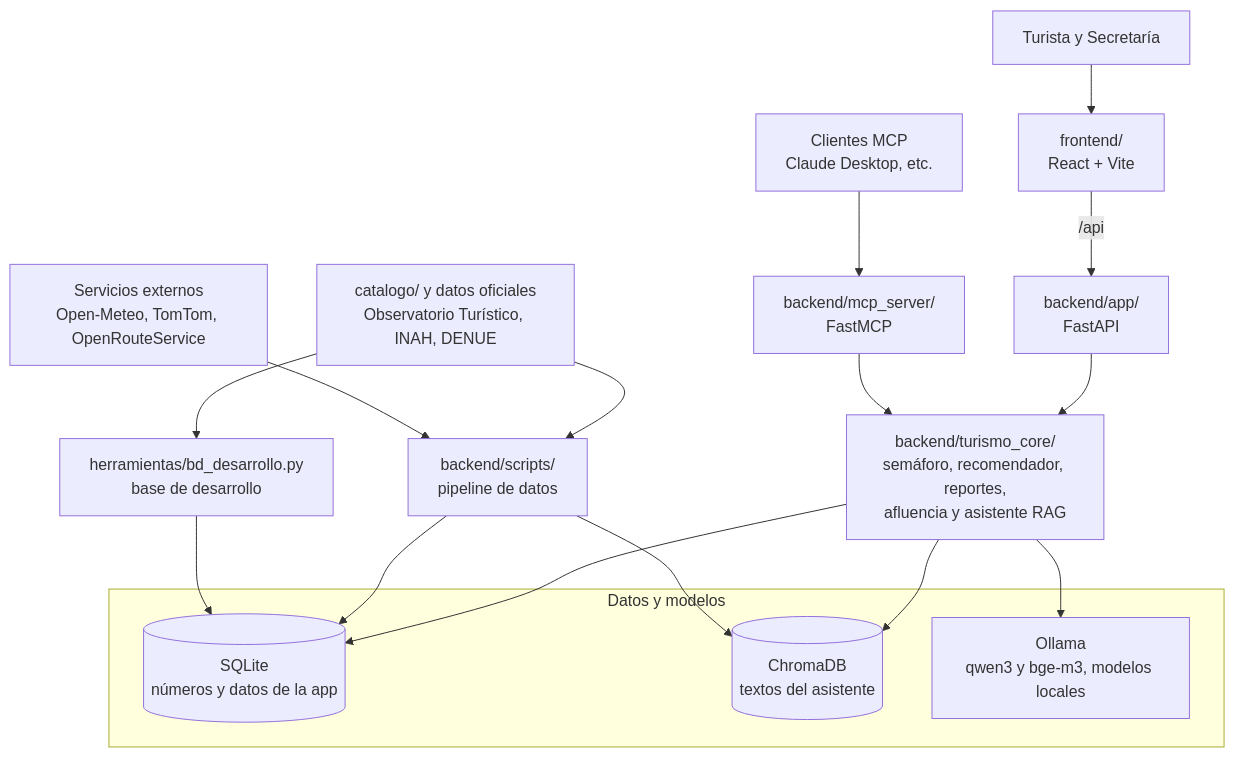
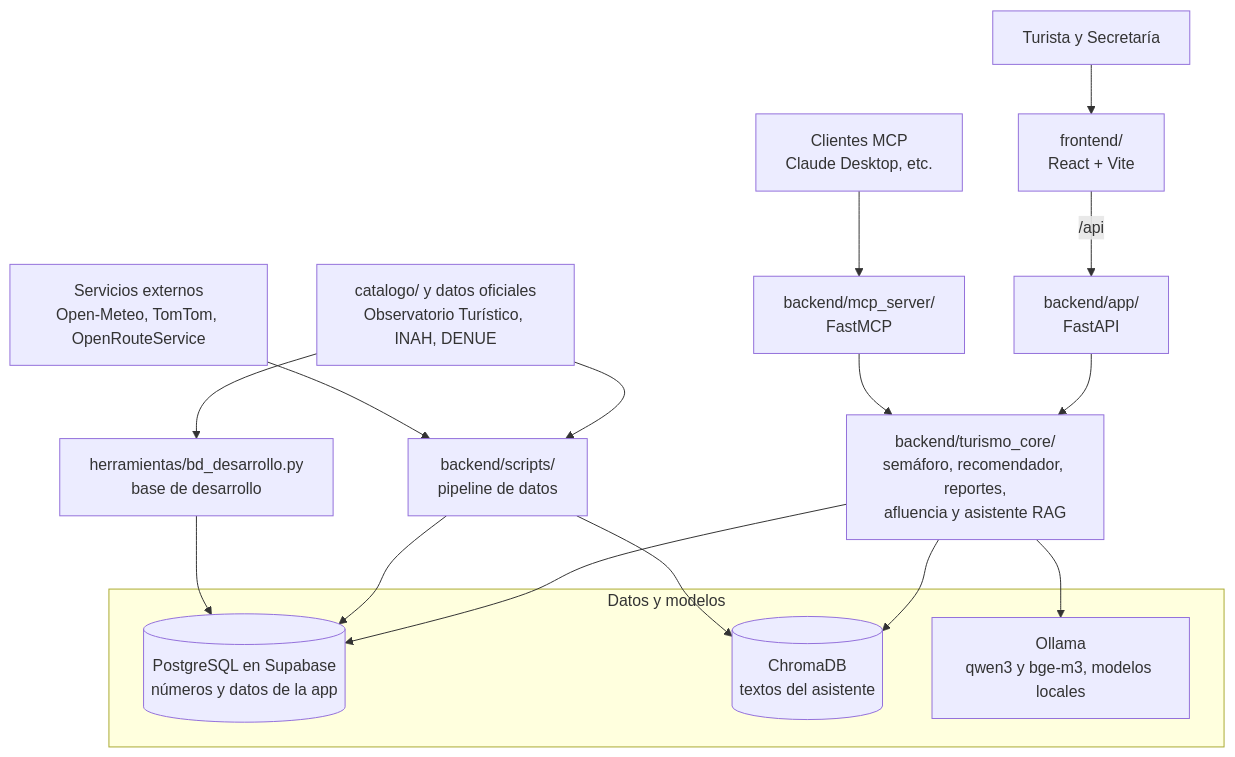
The diagram in README.md (anxol-zip/RUMBO), drawn with Mermaid before and after one commit. The commit also changed other lines of this file and 33 other files, not shown here.

Commit message:
feat: base de datos en Supabase (PostgreSQL) en lugar de SQLite

````diff
--- a/README.md
+++ b/README.md
@@ -16,25 +16,25 @@
 ```mermaid
 flowchart TD
     usuarios["Turista y Secretaría"] --> web["frontend/<br/>React + Vite"]
     clientes["Clientes MCP<br/>Claude Desktop, etc."] --> servidor_mcp["backend/mcp_server/<br/>FastMCP"]
     web -- "/api" --> api["backend/app/<br/>FastAPI"]
     api --> nucleo["backend/turismo_core/<br/>semáforo, recomendador, reportes,<br/>afluencia y asistente RAG"]
     servidor_mcp --> nucleo
 
     subgraph almacenamiento["Datos y modelos"]
-        sqlite[("SQLite<br/>números y datos de la app")]
+        postgres[("PostgreSQL en Supabase<br/>números y datos de la app")]
         chroma[("ChromaDB<br/>textos del asistente")]
         ollama["Ollama<br/>qwen3 y bge-m3, modelos locales"]
     end
 
-    nucleo --> sqlite
+    nucleo --> postgres
     nucleo --> chroma
     nucleo --> ollama
 
     fuentes["catalogo/ y datos oficiales<br/>Observatorio Turístico, INAH, DENUE"] --> pipeline["backend/scripts/<br/>pipeline de datos"]
     externos["Servicios externos<br/>Open-Meteo, TomTom, OpenRouteService"] --> pipeline
-    pipeline --> sqlite
+    pipeline --> postgres
     pipeline --> chroma
     fuentes --> herramienta["herramientas/bd_desarrollo.py<br/>base de desarrollo"]
-    herramienta --> sqlite
+    herramienta --> postgres
 ```
````
